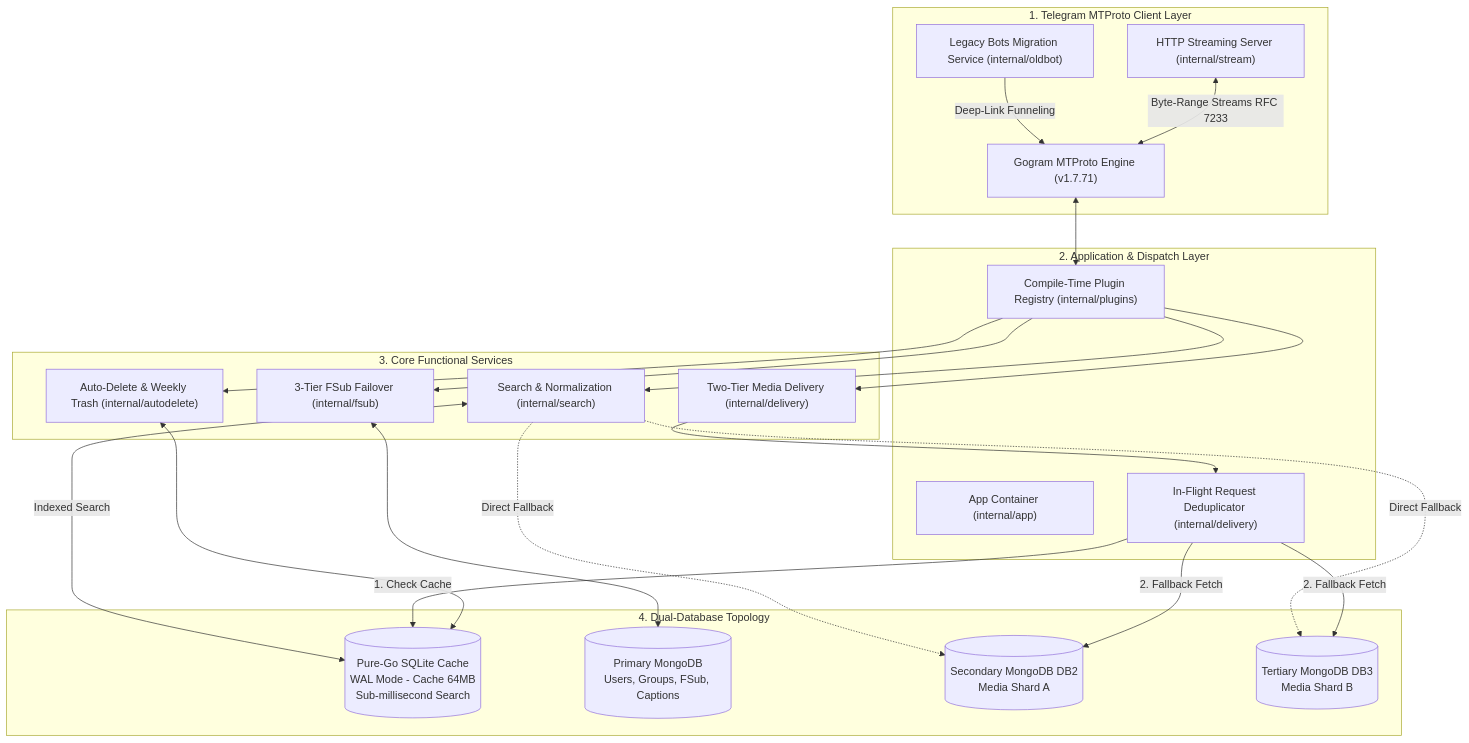
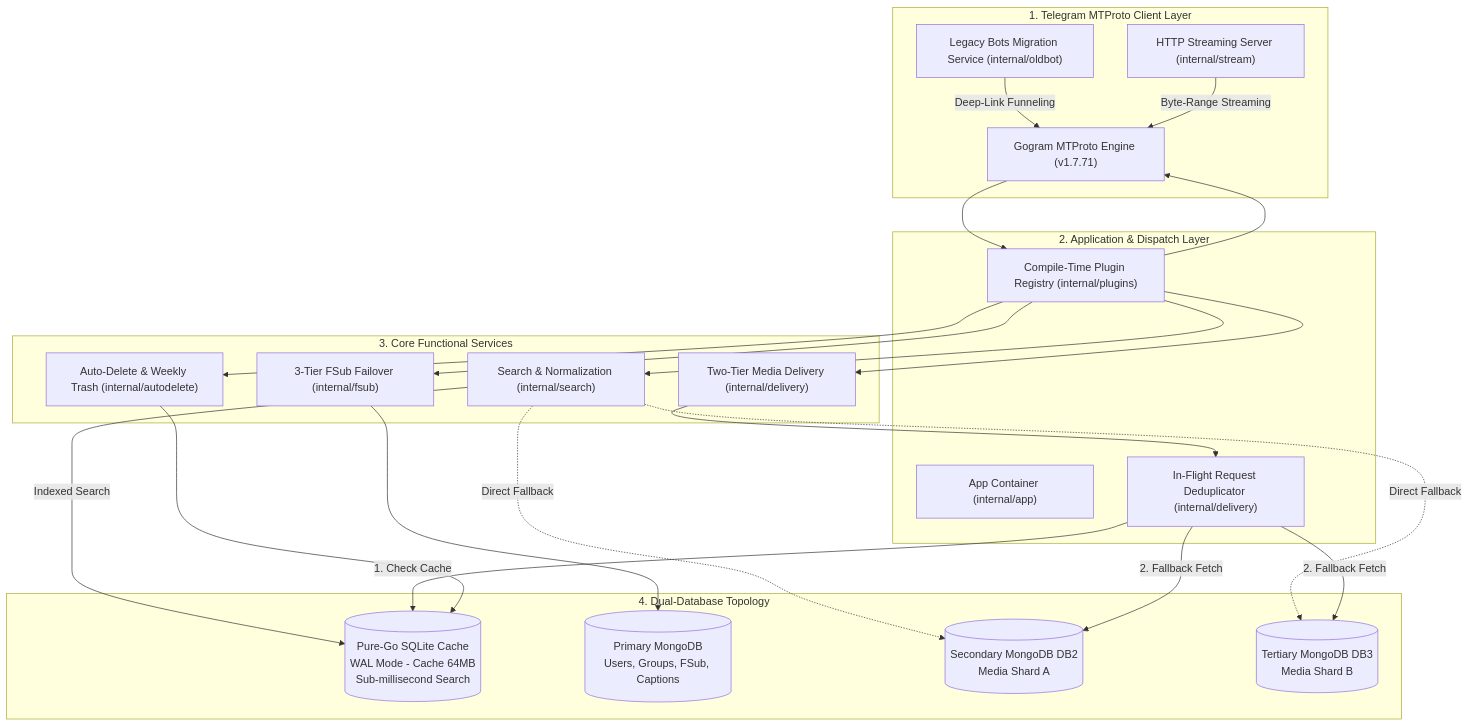
The diagram in README.md (itsafxal/AutoFilter-Go), drawn with Mermaid before and after one commit. The commit also changed other lines of this file and 46 other files, not shown here.

````diff
--- a/README.md
+++ b/README.md
@@ -78,49 +81,50 @@
 ```mermaid
 flowchart TD
     subgraph ClientLayer ["1. Telegram MTProto Client Layer"]
         Gogram["Gogram MTProto Engine (v1.7.71)"]
         OldBots["Legacy Bots Migration Service (internal/oldbot)"]
         StreamServer["HTTP Streaming Server (internal/stream)"]
     end
 
     subgraph AppLayer ["2. Application & Dispatch Layer"]
         App["App Container (internal/app)"]
         Registry["Compile-Time Plugin Registry (internal/plugins)"]
         InFlight["In-Flight Request Deduplicator (internal/delivery)"]
     end
 
     subgraph CoreServices ["3. Core Functional Services"]
         SearchSvc["Search & Normalization (internal/search)"]
         DeliverySvc["Two-Tier Media Delivery (internal/delivery)"]
         FSubSvc["3-Tier FSub Failover (internal/fsub)"]
         AutoDelSvc["Auto-Delete & Weekly Trash (internal/autodelete)"]
     end
 
     subgraph DatabaseLayer ["4. Dual-Database Topology"]
         SQLite[("Pure-Go SQLite Cache<br/>WAL Mode - Cache 64MB<br/>Sub-millisecond Search")]
         MongoPrimary[("Primary MongoDB<br/>Users, Groups, FSub, Captions")]
         MongoDB2[("Secondary MongoDB DB2<br/>Media Shard A")]
         MongoDB3[("Tertiary MongoDB DB3<br/>Media Shard B")]
     end
 
-    Gogram <--> Registry
+    Gogram --> Registry
+    Registry --> Gogram
     OldBots -->|Deep-Link Funneling| Gogram
-    StreamServer <-->|Byte-Range Streams RFC 7233| Gogram
+    StreamServer -->|Byte-Range Streaming| Gogram
 
     Registry --> SearchSvc
     Registry --> DeliverySvc
     Registry --> FSubSvc
     Registry --> AutoDelSvc
 
-    SearchSvc <-->|Indexed Search| SQLite
+    SearchSvc -->|Indexed Search| SQLite
     SearchSvc -.->|Direct Fallback| MongoDB2
     SearchSvc -.->|Direct Fallback| MongoDB3
 
     DeliverySvc --> InFlight
     InFlight -->|1. Check Cache| SQLite
     InFlight -->|2. Fallback Fetch| MongoDB2
     InFlight -->|2. Fallback Fetch| MongoDB3
 
-    FSubSvc <--> MongoPrimary
-    AutoDelSvc <--> SQLite
+    FSubSvc --> MongoPrimary
+    AutoDelSvc --> SQLite
 ```
````
